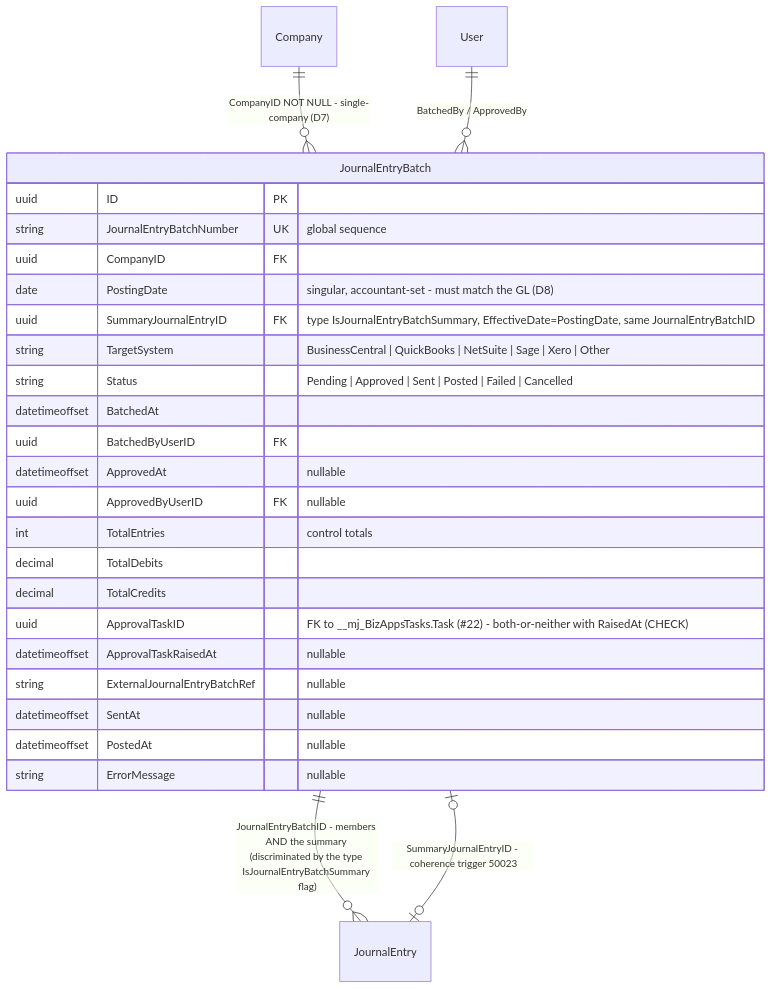
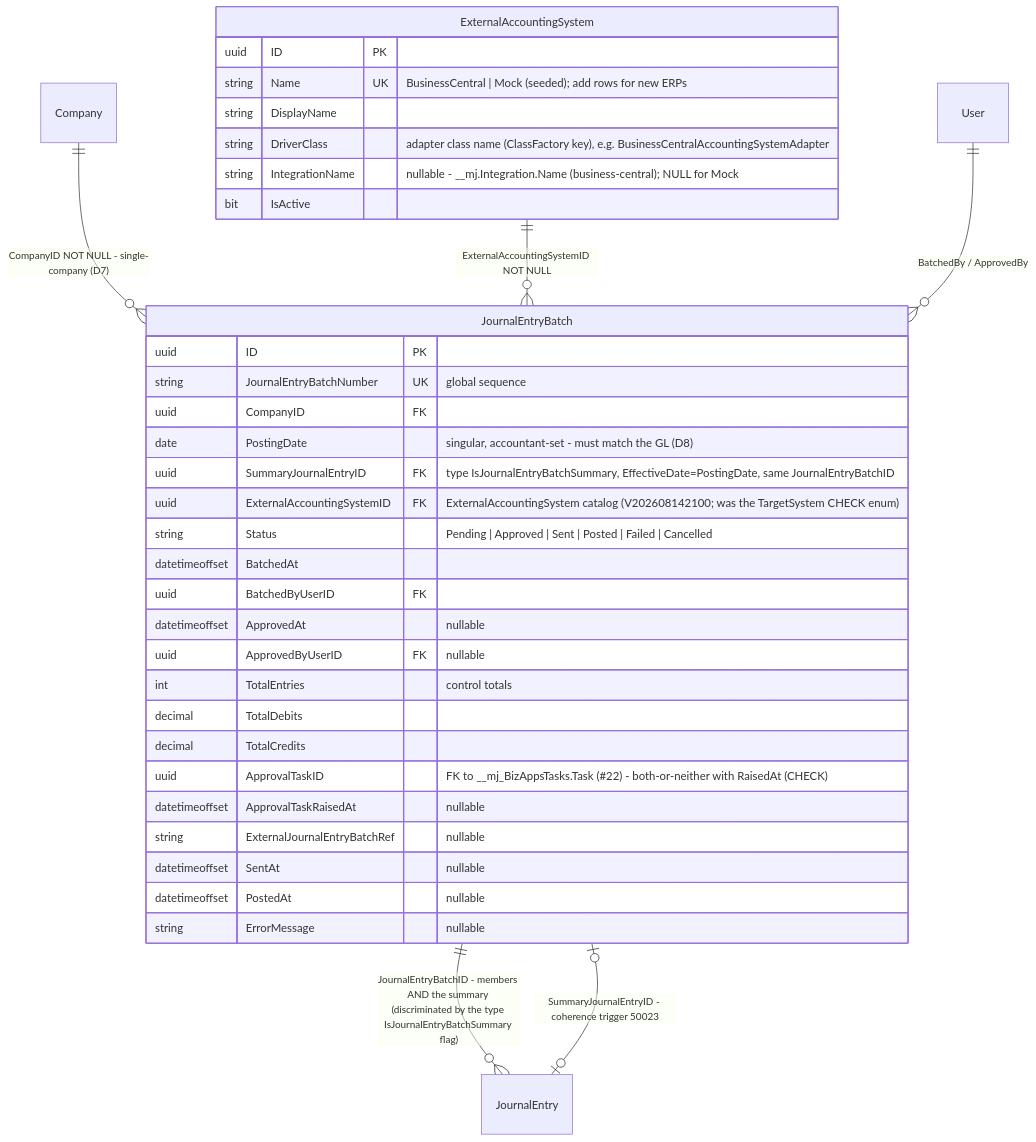
Before and after one commit to MemberJunction/bizapps-accounting: the eighth of 12 diagrams in docs/bizapps-accounting-erd.md, drawn with Mermaid. The commit also changed other lines of this file and 54 other files, not shown here.

First line of the commit message:
S1: captured codegen metadata (via acct-codegen from-zero staging) + stale TargetSystem EntityField cleanup in-migration (fixes the from-zero UQ_EntityField_EntityID_Sequence first-codegen failure, reproduced twice) + matching regenerated code + ERD/ARCHITECTURE updates

````diff
--- a/docs/bizapps-accounting-erd.md
+++ b/docs/bizapps-accounting-erd.md
@@ -694,30 +694,41 @@
 ```mermaid
 erDiagram
     Company ||--o{ JournalEntryBatch : "CompanyID NOT NULL - single-company (D7)"
+    ExternalAccountingSystem ||--o{ JournalEntryBatch : "ExternalAccountingSystemID NOT NULL"
     JournalEntryBatch ||--o{ JournalEntry : "JournalEntryBatchID - members AND the summary (discriminated by the type IsJournalEntryBatchSummary flag)"
     JournalEntryBatch |o--o| JournalEntry : "SummaryJournalEntryID - coherence trigger 50023"
     User ||--o{ JournalEntryBatch : "BatchedBy / ApprovedBy"
+
+
+    ExternalAccountingSystem {
+        uuid ID PK
+        string Name UK "BusinessCentral | Mock (seeded); add rows for new ERPs"
+        string DisplayName
+        string DriverClass "adapter class name (ClassFactory key), e.g. BusinessCentralAccountingSystemAdapter"
+        string IntegrationName "nullable - __mj.Integration.Name (business-central); NULL for Mock"
+        bit IsActive
+    }
 
     JournalEntryBatch {
         uuid ID PK
         string JournalEntryBatchNumber UK "global sequence"
         uuid CompanyID FK
         date PostingDate "singular, accountant-set - must match the GL (D8)"
         uuid SummaryJournalEntryID FK "type IsJournalEntryBatchSummary, EffectiveDate=PostingDate, same JournalEntryBatchID"
-        string TargetSystem "BusinessCentral | QuickBooks | NetSuite | Sage | Xero | Other"
+        uuid ExternalAccountingSystemID FK "ExternalAccountingSystem catalog (V202608142100; was the TargetSystem CHECK enum)"
         string Status "Pending | Approved | Sent | Posted | Failed | Cancelled"
         datetimeoffset BatchedAt
         uuid BatchedByUserID FK
         datetimeoffset ApprovedAt "nullable"
         uuid ApprovedByUserID FK "nullable"
         int TotalEntries "control totals"
         decimal TotalDebits
         decimal TotalCredits
         uuid ApprovalTaskID "FK to __mj_BizAppsTasks.Task (#22) - both-or-neither with RaisedAt (CHECK)"
         datetimeoffset ApprovalTaskRaisedAt "nullable"
         string ExternalJournalEntryBatchRef "nullable"
         datetimeoffset SentAt "nullable"
         datetimeoffset PostedAt "nullable"
         string ErrorMessage "nullable"
     }
 ```
````
